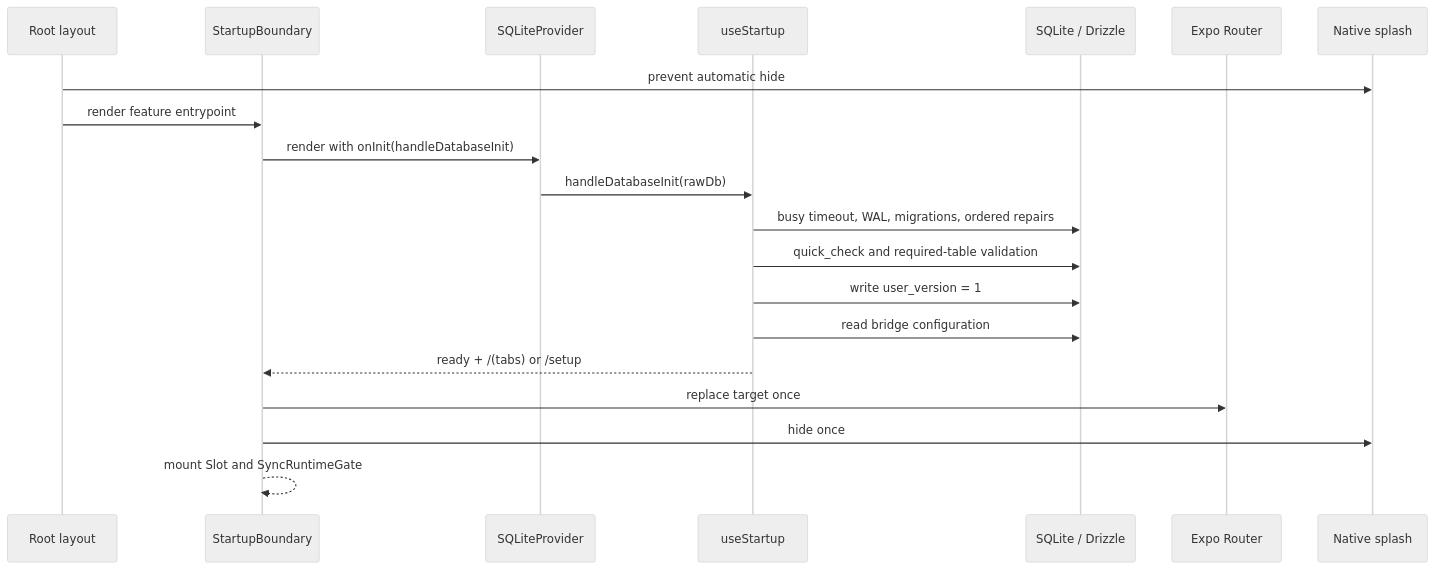
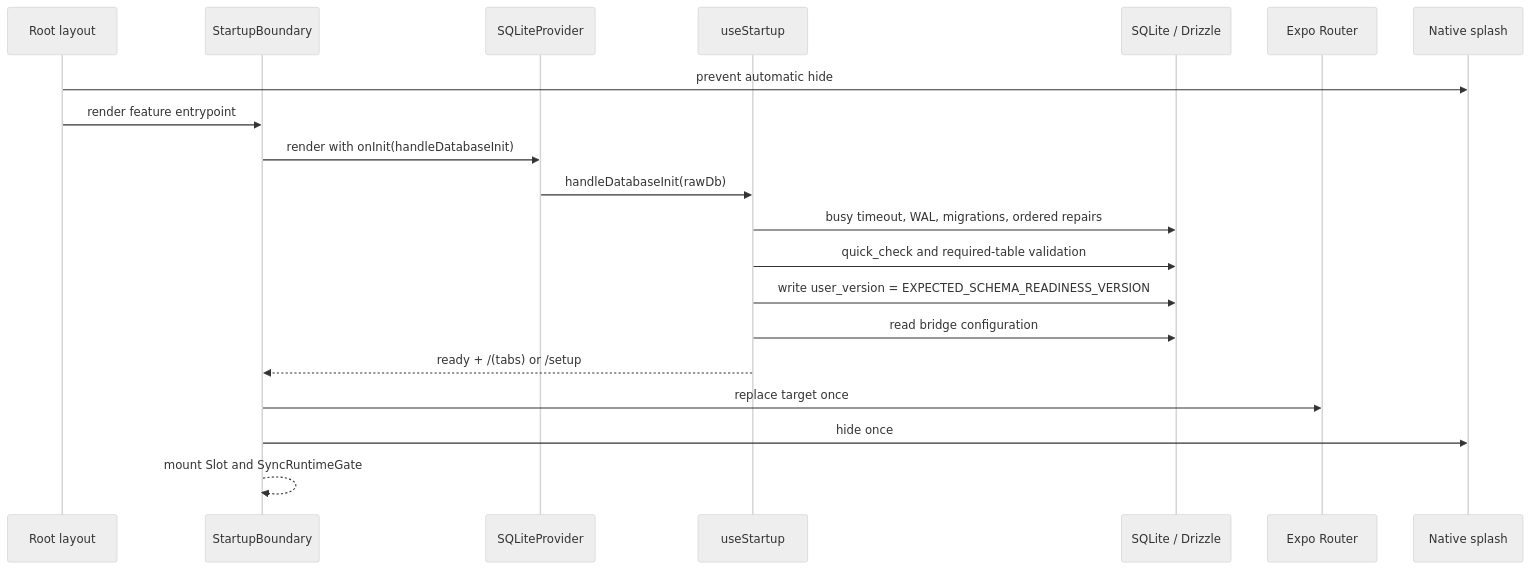
Before and after one commit to Disble/autoreas-mobile: the second of 5 diagrams in ARCHITECTURE.md, drawn with Mermaid (neutral theme). The commit also changed other lines of this file and 82 other files, not shown here.

````diff
--- a/ARCHITECTURE.md
+++ b/ARCHITECTURE.md
@@ -172,23 +172,23 @@
 ```mermaid
 sequenceDiagram
   participant L as Root layout
   participant B as StartupBoundary
   participant P as SQLiteProvider
   participant S as useStartup
   participant D as SQLite / Drizzle
   participant R as Expo Router
   participant N as Native splash
 
   L->>N: prevent automatic hide
   L->>B: render feature entrypoint
   B->>P: render with onInit(handleDatabaseInit)
   P->>S: handleDatabaseInit(rawDb)
   S->>D: busy timeout, WAL, migrations, ordered repairs
   S->>D: quick_check and required-table validation
-  S->>D: write user_version = 1
+  S->>D: write user_version = EXPECTED_SCHEMA_READINESS_VERSION
   S->>D: read bridge configuration
   S-->>B: ready + /(tabs) or /setup
   B->>R: replace target once
   B->>N: hide once
   B-->>B: mount Slot and SyncRuntimeGate
 ```
````
